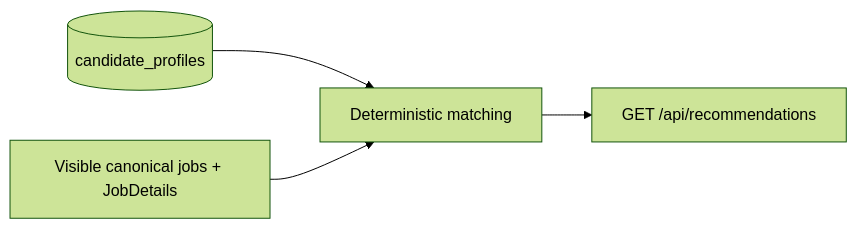
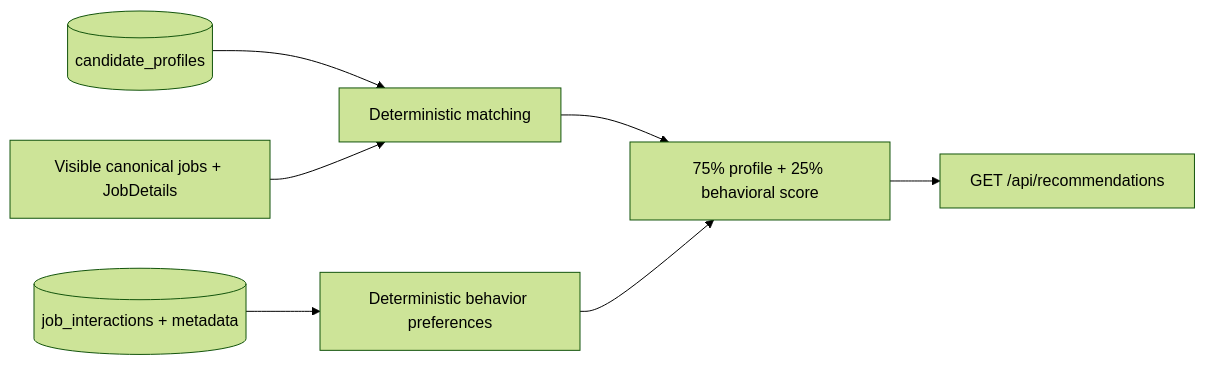
The diagram in docs/matching.md (aymaanalamgir/internshipfeed), drawn with Mermaid (forest theme) before and after one commit. The commit also changed other lines of this file and 56 other files, not shown here.

````diff
--- a/docs/matching.md
+++ b/docs/matching.md
@@ -5,6 +5,9 @@
 ```mermaid
 flowchart LR
     P[(candidate_profiles)] --> M[Deterministic matching]
     J[Visible canonical jobs + JobDetails] --> M
-    M --> R[GET /api/recommendations]
+    M --> COMBINE[75% profile + 25% behavioral score]
+    E[(job_interactions + metadata)] --> B[Deterministic behavior preferences]
+    B --> COMBINE
+    COMBINE --> R[GET /api/recommendations]
 ```
````
